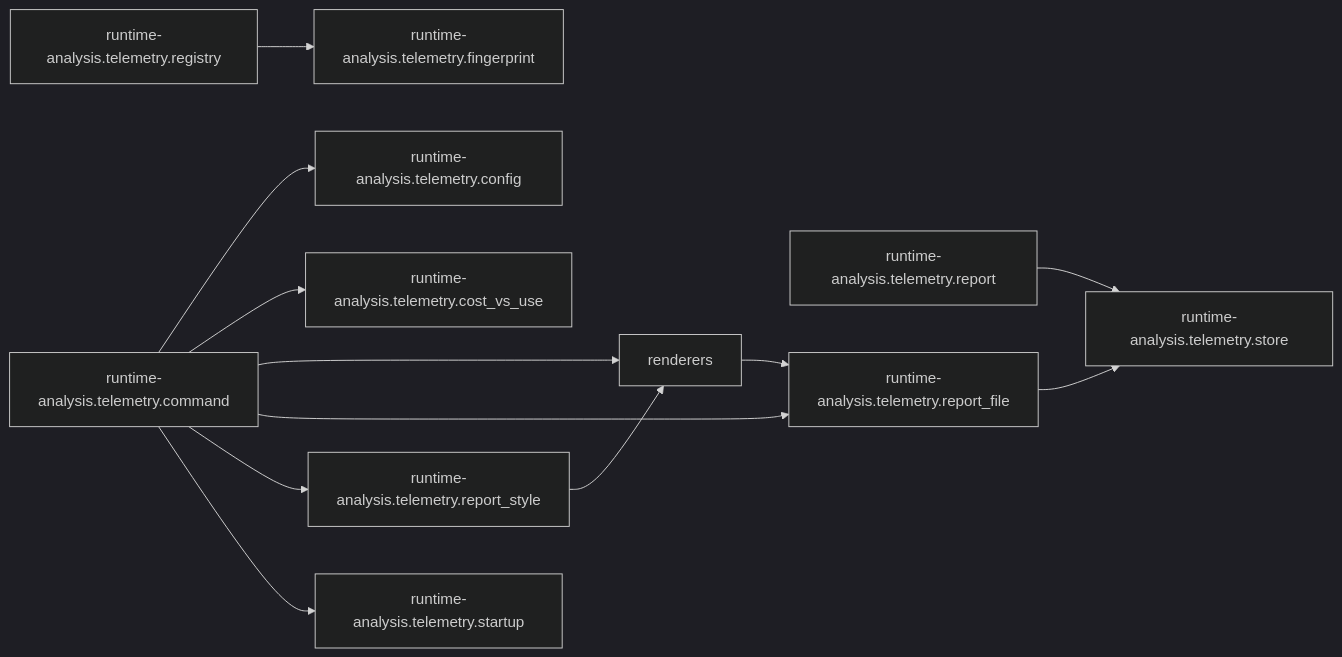
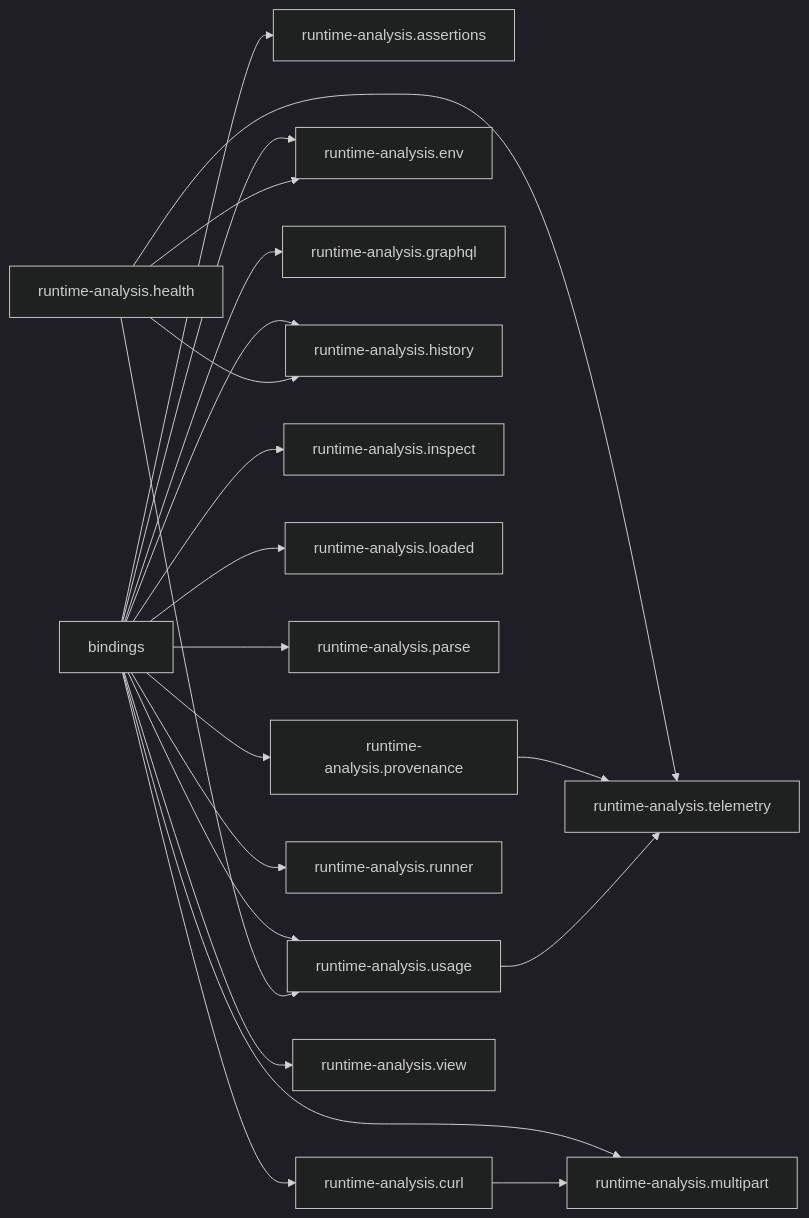
The second of 2 diagrams in docs/map/overview.md (StefanBartl/runtime-analysis.nvim), drawn with Mermaid (dark theme) before and after one commit. The commit also changed other lines of this file and 2 other files, not shown here.

Commit message:
docs: update docmap

````diff
--- a/docs/map/overview.md
+++ b/docs/map/overview.md
@@ -34,25 +34,39 @@
 ```mermaid
 flowchart LR
-  nlua_runtime_analysis_telemetry_command_lua["runtime-analysis.telemetry.command"]
-  nlua_runtime_analysis_telemetry_config_lua["runtime-analysis.telemetry.config"]
-  nlua_runtime_analysis_telemetry_cost_vs_use_lua["runtime-analysis.telemetry.cost_vs_use"]
-  nlua_runtime_analysis_telemetry_fingerprint_lua["runtime-analysis.telemetry.fingerprint"]
-  nlua_runtime_analysis_telemetry_registry_lua["runtime-analysis.telemetry.registry"]
-  nlua_runtime_analysis_telemetry_renderers["renderers"]
-  nlua_runtime_analysis_telemetry_report_lua["runtime-analysis.telemetry.report"]
-  nlua_runtime_analysis_telemetry_report_file_lua["runtime-analysis.telemetry.report_file"]
-  nlua_runtime_analysis_telemetry_report_style_lua["runtime-analysis.telemetry.report_style"]
-  nlua_runtime_analysis_telemetry_startup_lua["runtime-analysis.telemetry.startup"]
-  nlua_runtime_analysis_telemetry_store_lua["runtime-analysis.telemetry.store"]
-  nlua_runtime_analysis_telemetry_command_lua --> nlua_runtime_analysis_telemetry_config_lua
-  nlua_runtime_analysis_telemetry_command_lua --> nlua_runtime_analysis_telemetry_cost_vs_use_lua
-  nlua_runtime_analysis_telemetry_command_lua --> nlua_runtime_analysis_telemetry_renderers
-  nlua_runtime_analysis_telemetry_command_lua --> nlua_runtime_analysis_telemetry_report_file_lua
-  nlua_runtime_analysis_telemetry_command_lua --> nlua_runtime_analysis_telemetry_report_style_lua
-  nlua_runtime_analysis_telemetry_command_lua --> nlua_runtime_analysis_telemetry_startup_lua
-  nlua_runtime_analysis_telemetry_registry_lua --> nlua_runtime_analysis_telemetry_fingerprint_lua
-  nlua_runtime_analysis_telemetry_renderers --> nlua_runtime_analysis_telemetry_report_file_lua
-  nlua_runtime_analysis_telemetry_report_lua --> nlua_runtime_analysis_telemetry_store_lua
-  nlua_runtime_analysis_telemetry_report_file_lua --> nlua_runtime_analysis_telemetry_store_lua
-  nlua_runtime_analysis_telemetry_report_style_lua --> nlua_runtime_analysis_telemetry_renderers
+  nlua_runtime_analysis_assertions_lua["runtime-analysis.assertions"]
+  nlua_runtime_analysis_bindings["bindings"]
+  nlua_runtime_analysis_curl_lua["runtime-analysis.curl"]
+  nlua_runtime_analysis_env_lua["runtime-analysis.env"]
+  nlua_runtime_analysis_graphql_lua["runtime-analysis.graphql"]
+  nlua_runtime_analysis_health_lua["runtime-analysis.health"]
+  nlua_runtime_analysis_history_lua["runtime-analysis.history"]
+  nlua_runtime_analysis_inspect_lua["runtime-analysis.inspect"]
+  nlua_runtime_analysis_loaded_lua["runtime-analysis.loaded"]
+  nlua_runtime_analysis_multipart_lua["runtime-analysis.multipart"]
+  nlua_runtime_analysis_parse_lua["runtime-analysis.parse"]
+  nlua_runtime_analysis_provenance_lua["runtime-analysis.provenance"]
+  nlua_runtime_analysis_runner_lua["runtime-analysis.runner"]
+  nlua_runtime_analysis_telemetry["runtime-analysis.telemetry"]
+  nlua_runtime_analysis_usage_lua["runtime-analysis.usage"]
+  nlua_runtime_analysis_view_lua["runtime-analysis.view"]
+  nlua_runtime_analysis_bindings --> nlua_runtime_analysis_assertions_lua
+  nlua_runtime_analysis_bindings --> nlua_runtime_analysis_curl_lua
+  nlua_runtime_analysis_bindings --> nlua_runtime_analysis_env_lua
+  nlua_runtime_analysis_bindings --> nlua_runtime_analysis_graphql_lua
+  nlua_runtime_analysis_bindings --> nlua_runtime_analysis_history_lua
+  nlua_runtime_analysis_bindings --> nlua_runtime_analysis_inspect_lua
+  nlua_runtime_analysis_bindings --> nlua_runtime_analysis_loaded_lua
+  nlua_runtime_analysis_bindings --> nlua_runtime_analysis_multipart_lua
+  nlua_runtime_analysis_bindings --> nlua_runtime_analysis_parse_lua
+  nlua_runtime_analysis_bindings --> nlua_runtime_analysis_provenance_lua
+  nlua_runtime_analysis_bindings --> nlua_runtime_analysis_runner_lua
+  nlua_runtime_analysis_bindings --> nlua_runtime_analysis_usage_lua
+  nlua_runtime_analysis_bindings --> nlua_runtime_analysis_view_lua
+  nlua_runtime_analysis_curl_lua --> nlua_runtime_analysis_multipart_lua
+  nlua_runtime_analysis_health_lua --> nlua_runtime_analysis_env_lua
+  nlua_runtime_analysis_health_lua --> nlua_runtime_analysis_history_lua
+  nlua_runtime_analysis_health_lua --> nlua_runtime_analysis_telemetry
+  nlua_runtime_analysis_health_lua --> nlua_runtime_analysis_usage_lua
+  nlua_runtime_analysis_provenance_lua --> nlua_runtime_analysis_telemetry
+  nlua_runtime_analysis_usage_lua --> nlua_runtime_analysis_telemetry
 ```
````
